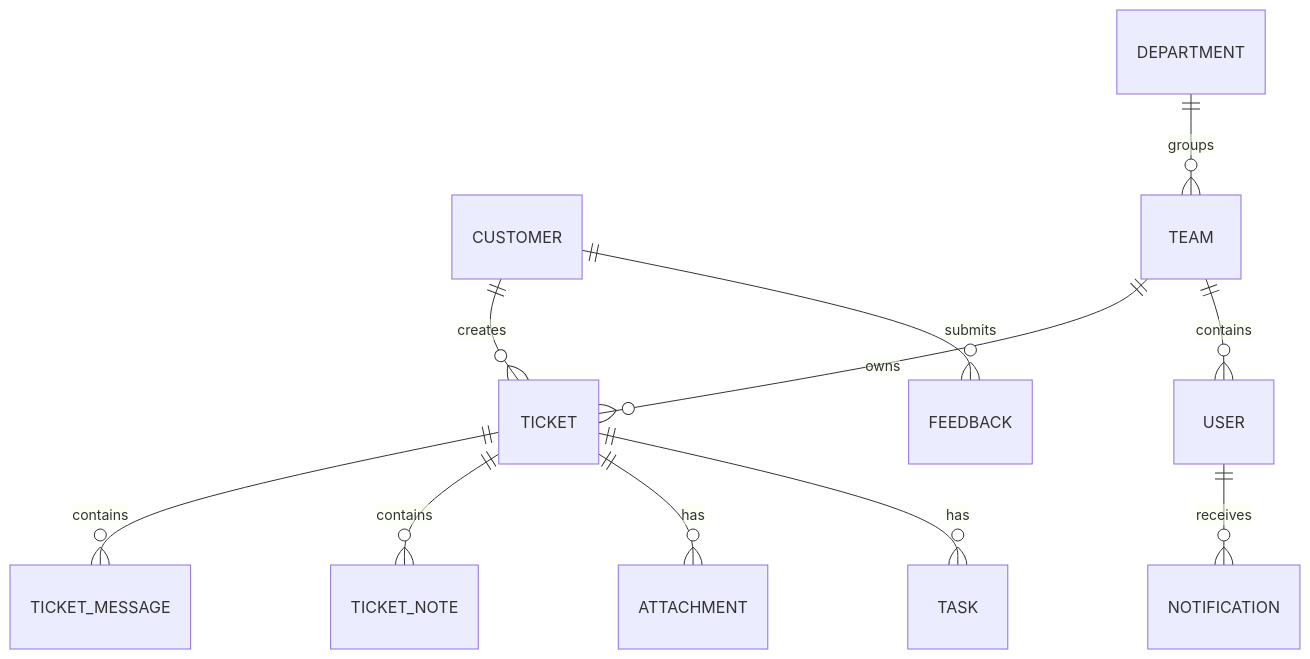
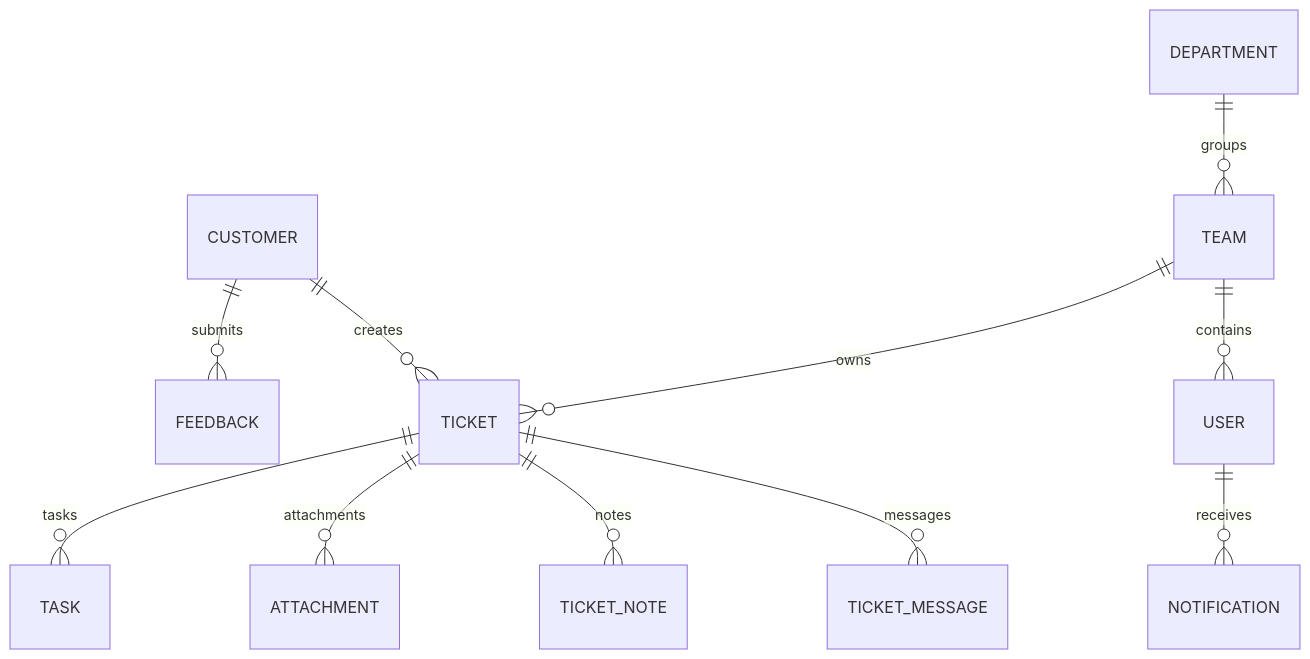
Before and after one commit to bahaayoussof/crm: diagram 12 of 12 in README.md, drawn with Mermaid. The commit also changed other lines of this file, not shown here.

````diff
--- a/README.md
+++ b/README.md
@@ -430,13 +529,13 @@
 ```mermaid
 erDiagram
     CUSTOMER ||--o{ TICKET : creates
+    TEAM ||--o{ USER : contains
     TEAM ||--o{ TICKET : owns
-    TEAM ||--o{ USER : contains
     DEPARTMENT ||--o{ TEAM : groups
-    TICKET ||--o{ TICKET_MESSAGE : contains
-    TICKET ||--o{ TICKET_NOTE : contains
-    TICKET ||--o{ ATTACHMENT : has
-    TICKET ||--o{ TASK : has
+    TICKET ||--o{ TICKET_MESSAGE : messages
+    TICKET ||--o{ TICKET_NOTE : notes
+    TICKET ||--o{ ATTACHMENT : attachments
+    TICKET ||--o{ TASK : tasks
     USER ||--o{ NOTIFICATION : receives
     CUSTOMER ||--o{ FEEDBACK : submits
 ```
````
